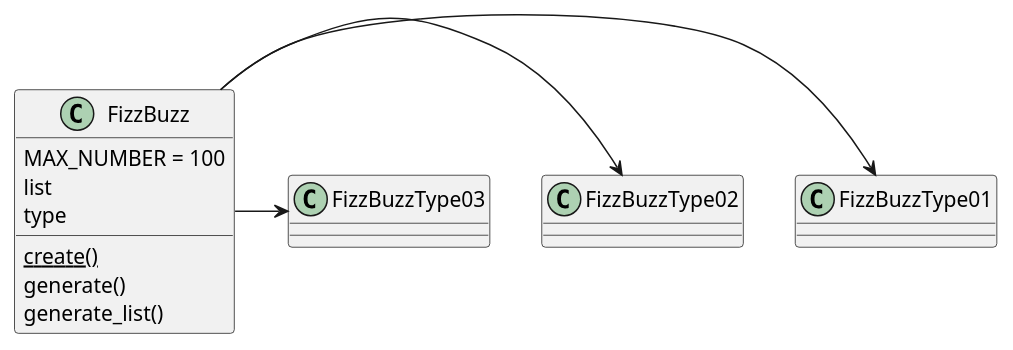
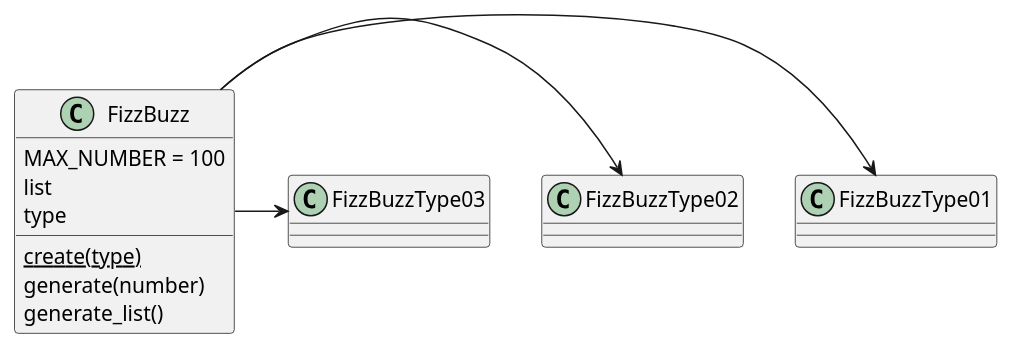
One commit to hiroshima-arc/tdd_rb changed the eighth of 42 diagrams in docs/src/article/episode_3.adoc. Above: the diagram before and after it, drawn with PlantUML. The commit also changed other lines of this file and 17 other files, not shown here.

```diff
--- a/docs/src/article/episode_3.adoc
+++ b/docs/src/article/episode_3.adoc
@@ -1859,14 +1884,14 @@
 [plantuml]
 ----
 class FizzBuzz {
     MAX_NUMBER = 100
     list
     type
-    {static} create()
-    generate()
+    {static} create(type)
+    generate(number)
     generate_list()
 }
 FizzBuzz -> FizzBuzzType01
 FizzBuzz -> FizzBuzzType02
 FizzBuzz -> FizzBuzzType03
 ----
```
